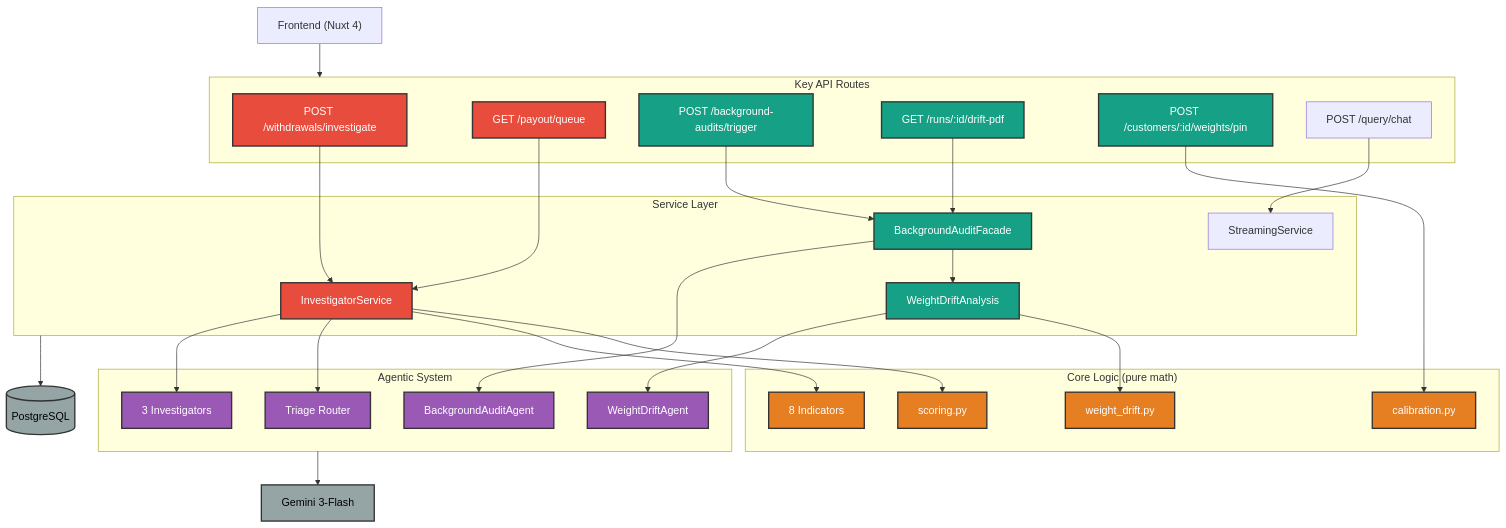
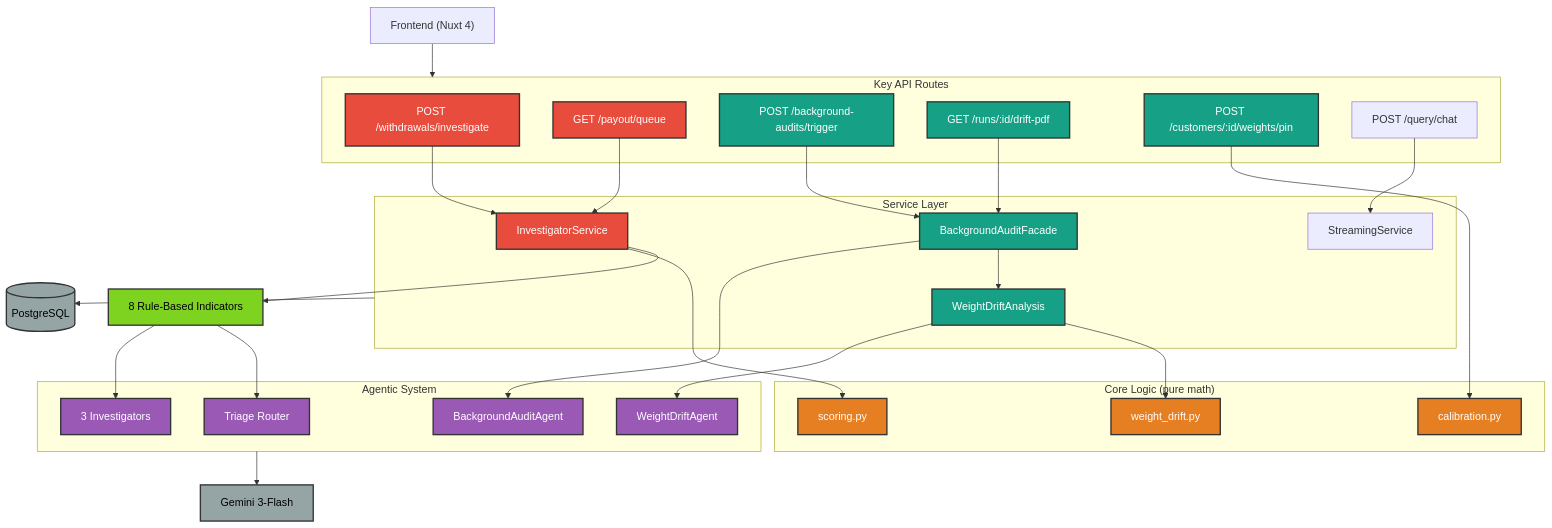
The seventh of 7 diagrams in README.md (soultntoure/nexa), drawn with Mermaid before and after one commit. The commit also changed 1 other file, not shown here.

Commit message:
chore: update readme add indicators

````diff
--- a/README.md
+++ b/README.md
@@ -260,65 +260,68 @@
 ```mermaid
 graph TB
     FE["Frontend (Nuxt 4)"] --> API["API Layer"]
 
     subgraph API["Key API Routes"]
         INV["POST /withdrawals/investigate"]
         QUEUE["GET /payout/queue"]
         AUDIT["POST /background-audits/trigger"]
         DRIFT_PDF["GET /runs/:id/drift-pdf"]
         PIN["POST /customers/:id/weights/pin"]
         CHAT["POST /query/chat"]
     end
 
     subgraph SERVICES["Service Layer"]
         IS["InvestigatorService"]
         BAF["BackgroundAuditFacade"]
         WDA["WeightDriftAnalysis"]
         SS["StreamingService"]
     end
 
+    IND["8 Rule-Based Indicators<br/>"]
+
     subgraph CORE["Core Logic (pure math)"]
         SCORE["scoring.py"]
         CALIB["calibration.py"]
         WD["weight_drift.py"]
-        IND["8 Indicators"]
     end
 
     subgraph AGENTS["Agentic System"]
         TRIAGE["Triage Router"]
         INV_AGENTS["3 Investigators"]
         DRIFT_AGENT["WeightDriftAgent"]
         AUDIT_AGENT["BackgroundAuditAgent"]
     end
 
     INV --> IS
     QUEUE --> IS
     AUDIT --> BAF
     DRIFT_PDF --> BAF
     PIN --> CALIB
     CHAT --> SS
 
+    IS --> IND
     IS --> SCORE
-    IS --> IND
-    IS --> TRIAGE
-    IS --> INV_AGENTS
+    IND --> TRIAGE
+    IND --> INV_AGENTS
     BAF --> WDA
     BAF --> AUDIT_AGENT
     WDA --> WD
     WDA --> DRIFT_AGENT
 
     SERVICES --> DB[(PostgreSQL)]
     AGENTS --> LLM["Gemini 3-Flash"]
 
     classDef fraud fill:#E74C3C,stroke:#333,stroke-width:2px,color:#fff
     classDef audit fill:#16A085,stroke:#333,stroke-width:2px,color:#fff
     classDef core fill:#E67E22,stroke:#333,stroke-width:2px,color:#fff
     classDef agent fill:#9B59B6,stroke:#333,stroke-width:2px,color:#fff
     classDef ext fill:#95A5A6,stroke:#333,stroke-width:2px,color:#000
 
     class IS,INV,QUEUE fraud
     class BAF,WDA,AUDIT,DRIFT_PDF,PIN audit
-    class SCORE,CALIB,WD,IND core
+    classDef rules fill:#7ED321,stroke:#333,stroke-width:2px,color:#000
+    class SCORE,CALIB,WD core
+    class IND rules
     class TRIAGE,INV_AGENTS,DRIFT_AGENT,AUDIT_AGENT agent
     class DB,LLM ext
 ```
````
